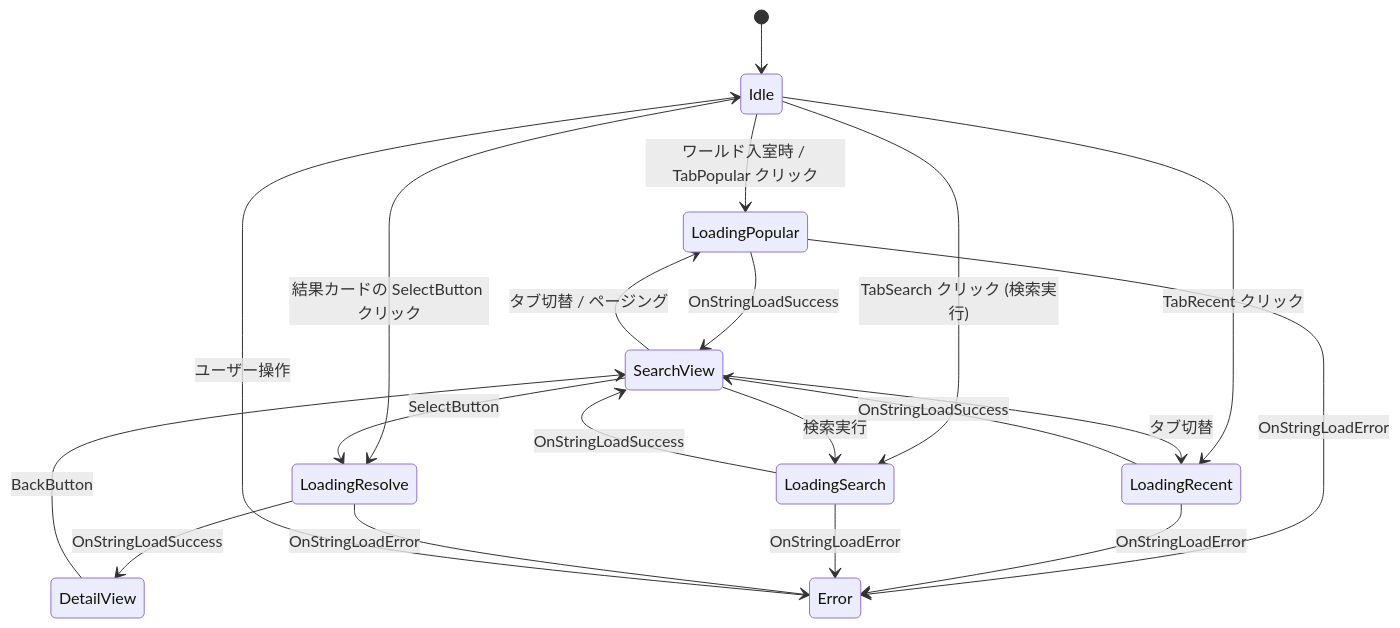
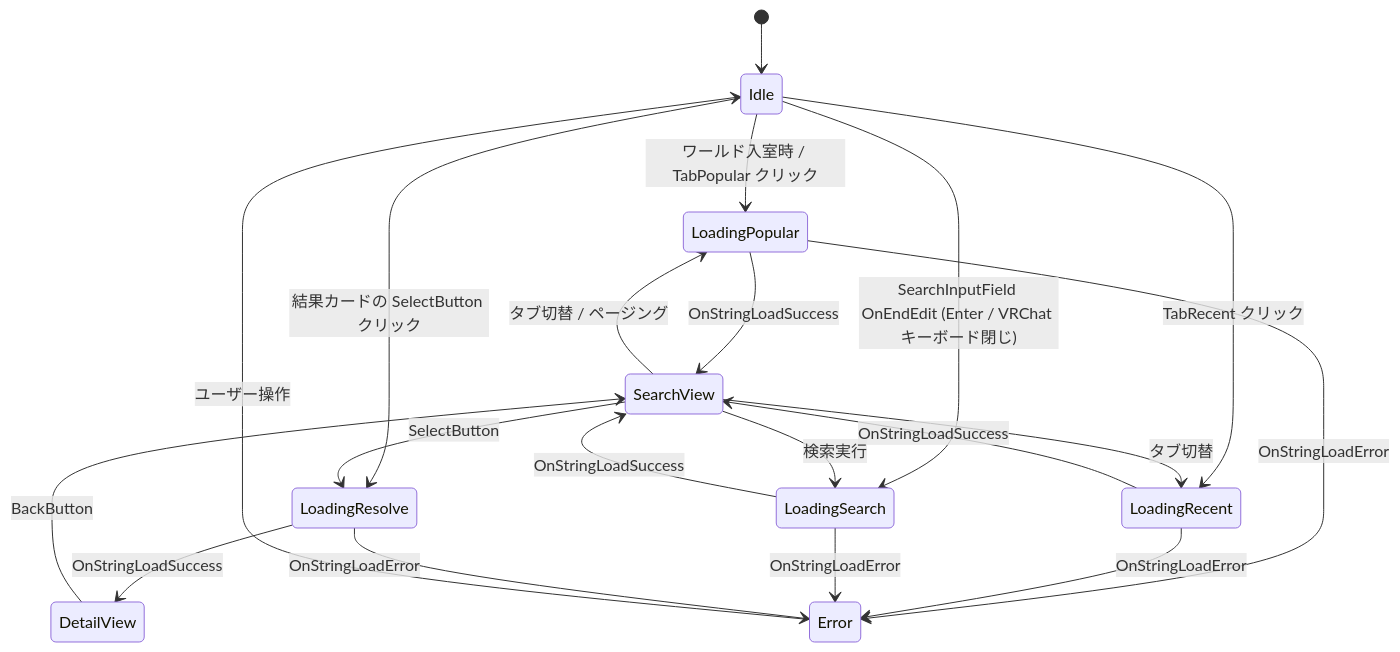
One commit to Mega-Gorilla/VhubPlaylistViewer changed the diagram in docs/unity-architecture.md. Above: the diagram before and after it, drawn with Mermaid. The commit also changed other lines of this file and 3 other files, not shown here.

````diff
--- a/docs/unity-architecture.md
+++ b/docs/unity-architecture.md
@@ -120,27 +146,27 @@
 ```mermaid
 stateDiagram-v2
     [*] --> Idle
     Idle --> LoadingPopular: ワールド入室時 / TabPopular クリック
     Idle --> LoadingRecent: TabRecent クリック
-    Idle --> LoadingSearch: TabSearch クリック (検索実行)
+    Idle --> LoadingSearch: SearchInputField OnEndEdit (Enter / VRChat キーボード閉じ)
     Idle --> LoadingResolve: 結果カードの SelectButton クリック
 
     LoadingPopular --> SearchView: OnStringLoadSuccess
     LoadingRecent --> SearchView: OnStringLoadSuccess
     LoadingSearch --> SearchView: OnStringLoadSuccess
     LoadingResolve --> DetailView: OnStringLoadSuccess
 
     LoadingPopular --> Error: OnStringLoadError
     LoadingRecent --> Error: OnStringLoadError
     LoadingSearch --> Error: OnStringLoadError
     LoadingResolve --> Error: OnStringLoadError
 
     SearchView --> LoadingResolve: SelectButton
     SearchView --> LoadingPopular: タブ切替 / ページング
     SearchView --> LoadingRecent: タブ切替
     SearchView --> LoadingSearch: 検索実行
 
     DetailView --> SearchView: BackButton
 
     Error --> Idle: ユーザー操作
 ```
````
